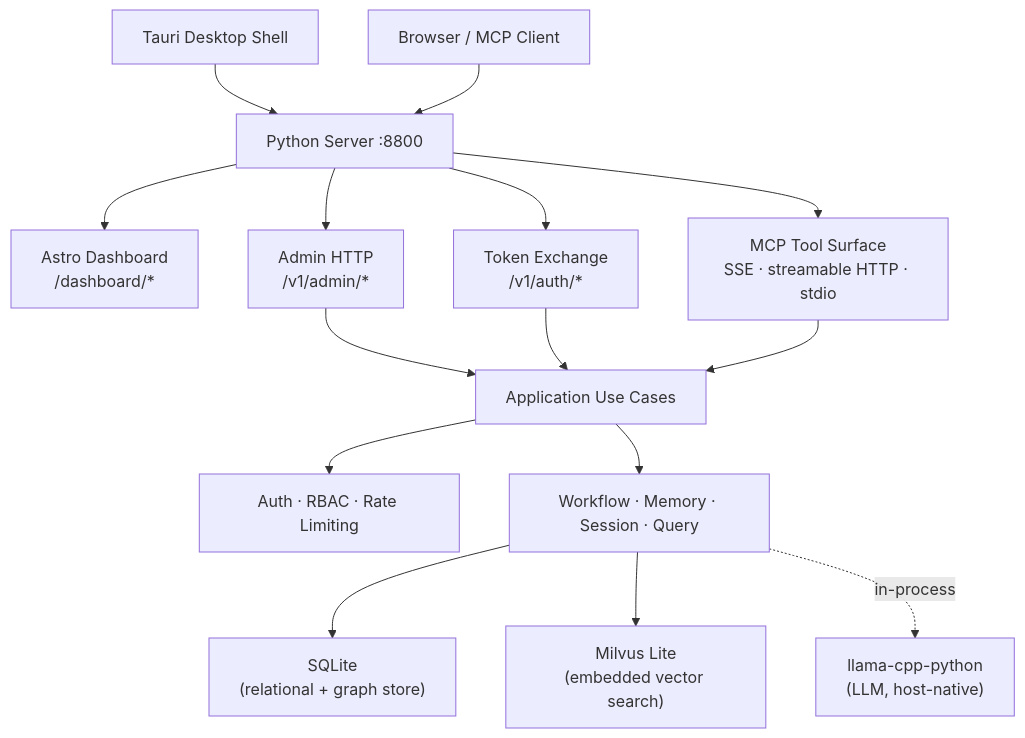
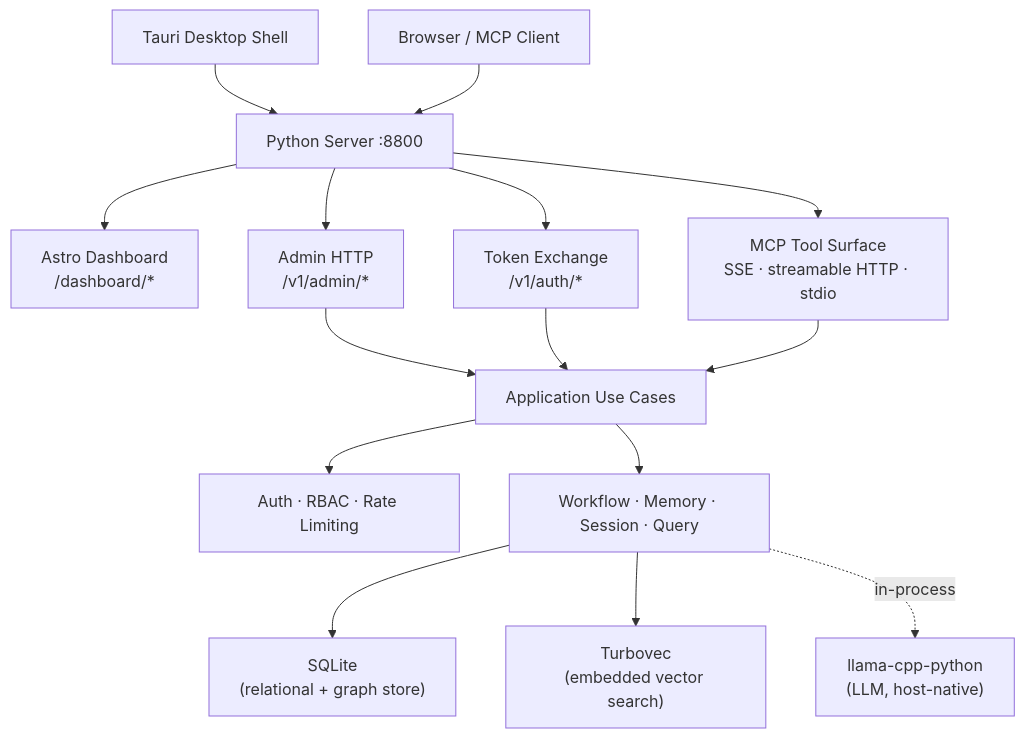
The first of 2 diagrams in docs/architecture/minder-server.md (hiimtrung/minder), drawn with Mermaid before and after one commit. The commit also changed other lines of this file and 7 other files, not shown here.

Commit message:
chore: replace Milvus Lite with Turbovec as the default embedded vector database in documentation and configuration

````diff
--- a/docs/architecture/minder-server.md
+++ b/docs/architecture/minder-server.md
@@ -9,18 +9,18 @@
 ```mermaid
 flowchart TB
     Desktop["Tauri Desktop Shell"] --> Server["Python Server :8800"]
     Browser["Browser / MCP Client"] --> Server
 
     Server --> Dashboard["Astro Dashboard\n/dashboard/*"]
     Server --> AdminAPI["Admin HTTP\n/v1/admin/*"]
     Server --> AuthAPI["Token Exchange\n/v1/auth/*"]
     Server --> MCPTools["MCP Tool Surface\nSSE · streamable HTTP · stdio"]
 
     AdminAPI & AuthAPI & MCPTools --> UseCases["Application Use Cases"]
     UseCases --> Auth["Auth · RBAC · Rate Limiting"]
     UseCases --> Services["Workflow · Memory · Session · Query"]
 
     Services --> SQLite["SQLite\n(relational + graph store)"]
-    Services --> Milvus["Milvus Lite\n(embedded vector search)"]
+    Services --> Turbovec["Turbovec\n(embedded vector search)"]
     Services -.->|"in-process"| LlamaCpp["llama-cpp-python\n(LLM, host-native)"]
 ```
````
